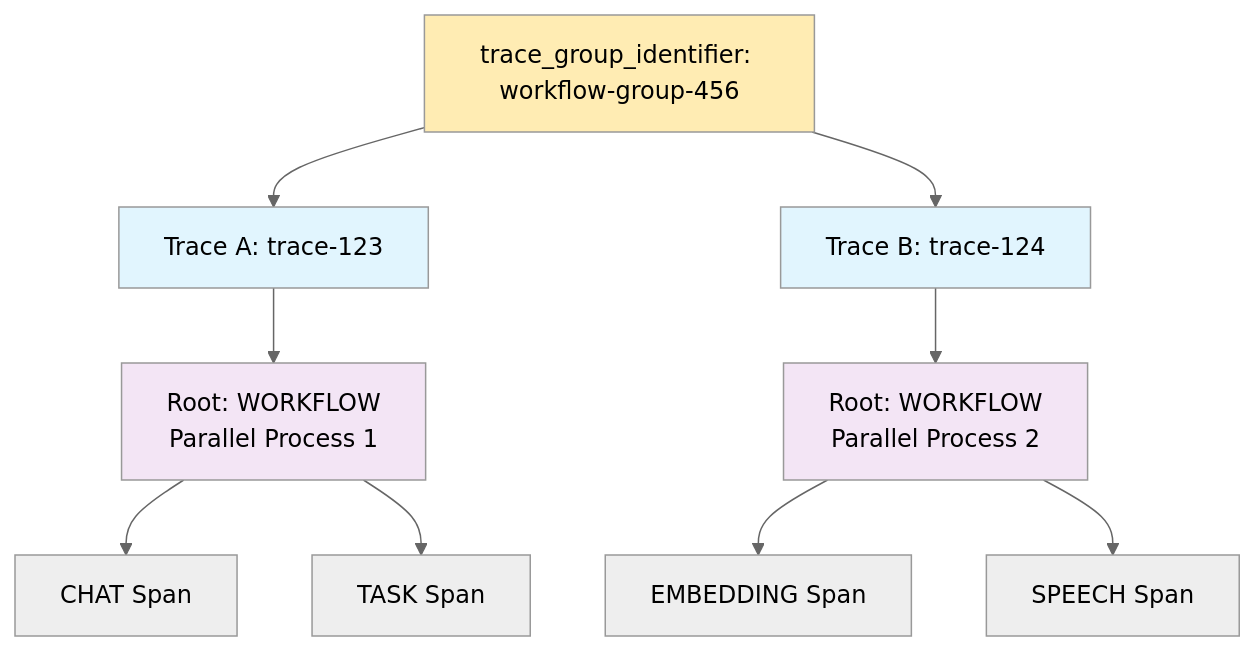
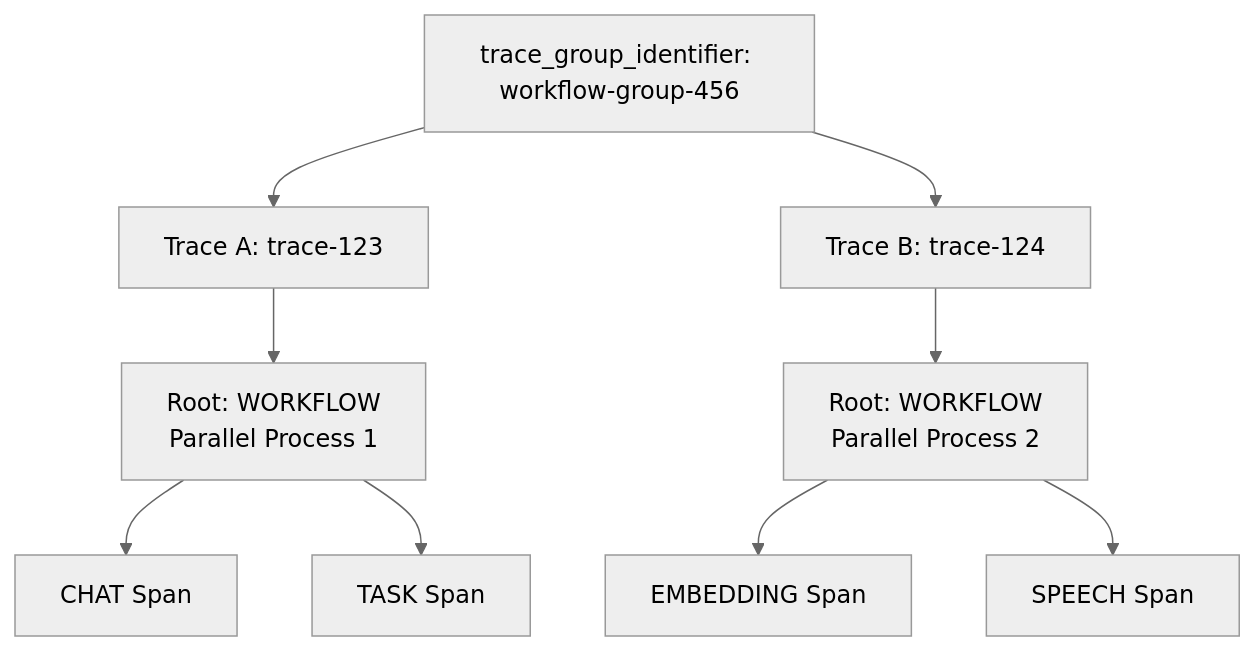
One commit to Keywords-AI/Keywords-AI-Docs changed the second of 2 diagrams in get-started/observability_data_model.mdx. Above: the diagram before and after it, drawn with Mermaid (neutral theme). The commit also changed other lines of this file and 17 other files, not shown here.

````diff
--- a/get-started/observability_data_model.mdx
+++ b/get-started/observability_data_model.mdx
@@ -157,19 +192,13 @@
 ```mermaid
 graph TD
     TG[trace_group_identifier: workflow-group-456] --> T1[Trace A: trace-123]
     TG --> T2[Trace B: trace-124]
     
     T1 --> T1RS[Root: WORKFLOW<br/>Parallel Process 1]
     T1RS --> T1S1[CHAT Span]
     T1RS --> T1S2[TASK Span]
     
     T2 --> T2RS[Root: WORKFLOW<br/>Parallel Process 2]
     T2RS --> T2S1[EMBEDDING Span]
     T2RS --> T2S2[SPEECH Span]
-    
-    style TG fill:#ffecb3
-    style T1 fill:#e1f5fe
-    style T2 fill:#e1f5fe
-    style T1RS fill:#f3e5f5
-    style T2RS fill:#f3e5f5
 ```
````
